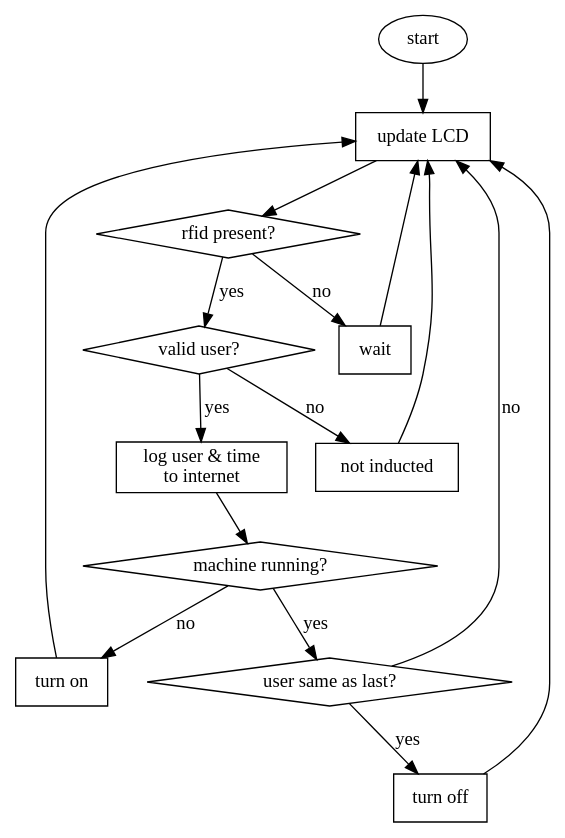
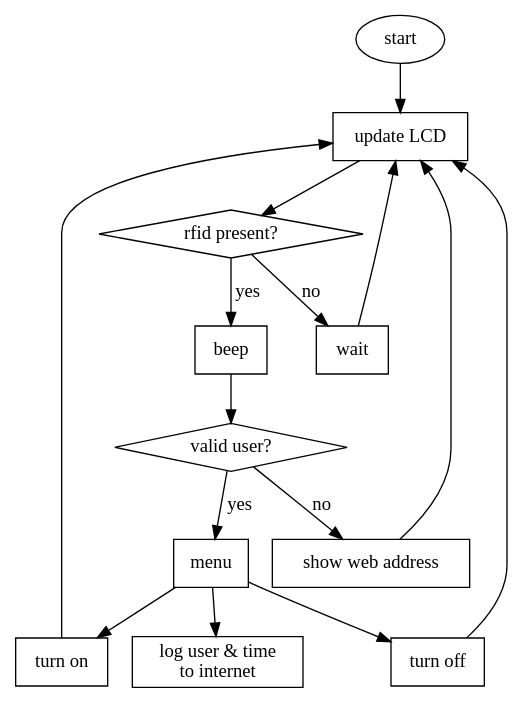
Before and after one commit to mattvenn/hackspace-power-controller: the diagram in software/software.dot, drawn with Graphviz. The commit also changed 2 other files, not shown here.

```diff
--- a/software/software.dot
+++ b/software/software.dot
@@ -1,45 +1,43 @@
 strict digraph G {
     start;
     lcd[shape=box];
     check_rfid[shape=diamond];
+    beep[shape=box];
     wait[shape=box];
     check_user[shape=diamond];
-    machine_running[shape=diamond];
-    same_user[shape=diamond];
     turn_on[shape=box];
     turn_off[shape=box];
     bad_user[shape=box];
     log[shape=box];
+    menu[shape=box];
 
     start -> lcd;
     
     lcd -> check_rfid;
     lcd[label="update LCD"];
 
-    check_rfid -> check_user[label="yes"];
+    check_rfid -> beep[label="yes"];
+    beep -> check_user;
     check_rfid -> wait[label="no"];
     check_rfid[label="rfid present?"];
     wait -> lcd;
 
-    check_user -> log[label="yes"];
+    check_user -> menu[label="yes"]
     check_user[label="valid user?"];
     check_user -> bad_user[label="no"];
+
+    menu -> turn_on;
+    menu -> turn_off;
+    menu -> log;
    
-    log -> machine_running;
     log[label="log user & time\nto internet"];
-    machine_running -> same_user[label="yes"];
-    machine_running -> turn_on[label="no"];
-    machine_running[label="machine running?"];
-    same_user -> lcd[label="no"]
-    same_user -> turn_off[label="yes"]
-    same_user[label="user same as last?"]
 
-    bad_user[label="not inducted"];
+    bad_user[label="show web address"];
     bad_user -> lcd;
     turn_off[label="turn off"];
     turn_on[label="turn on"];
 
     turn_on -> lcd;
     turn_off -> lcd;
 
 }
```
